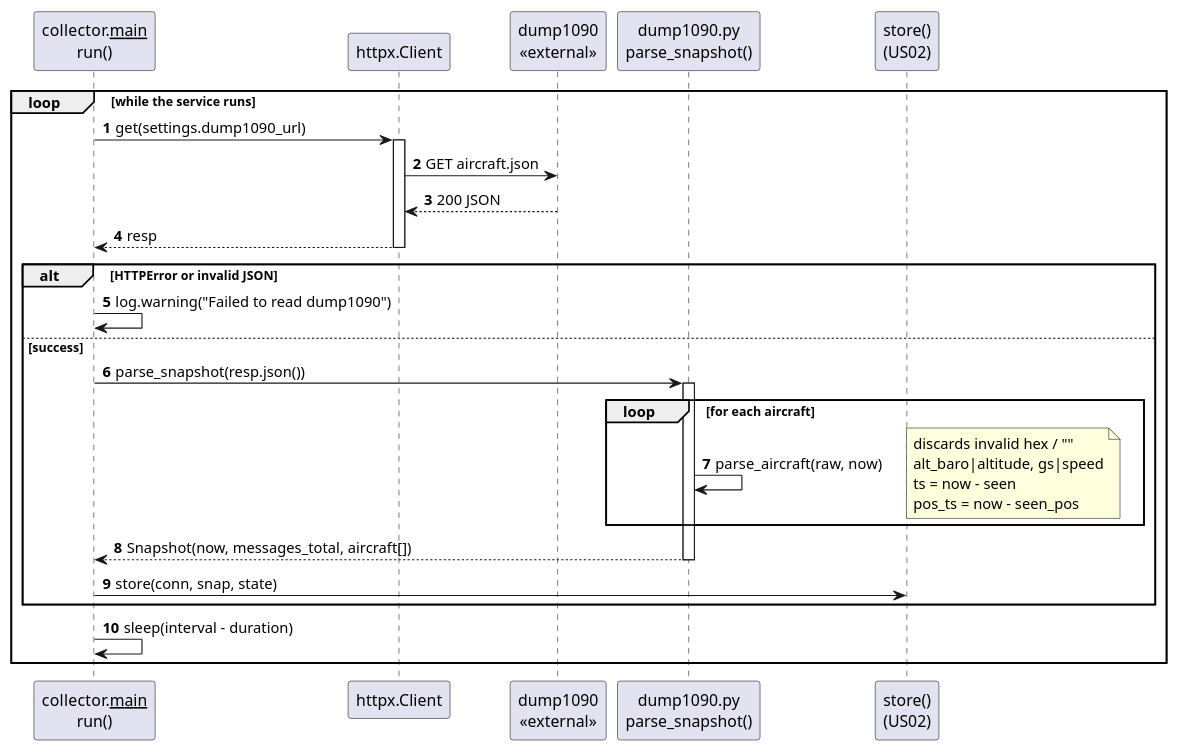
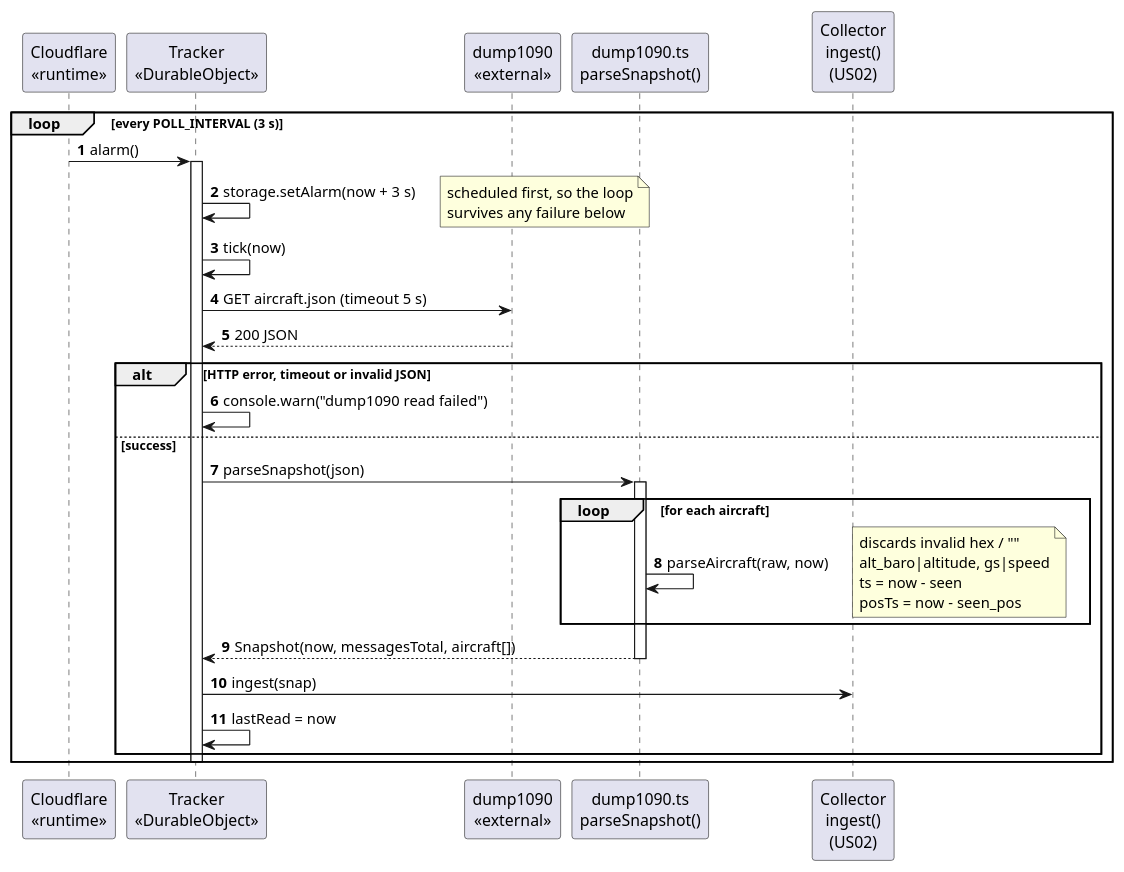
One commit to miguelsiilva1/SkyTracer changed the diagram in docs/system-documentation/use-cases/US01/puml/sd_us01.puml. Above: the diagram before and after it, drawn with PlantUML. The commit also changed 31 other files, not shown here.

Commit message:
docs: update architecture documentation for the Cloudflare and Supabase backend

```diff
--- a/docs/system-documentation/use-cases/US01/puml/sd_us01.puml
+++ b/docs/system-documentation/use-cases/US01/puml/sd_us01.puml
@@ -1,37 +1,39 @@
 @startuml
 autonumber
-participant "collector.__main__\nrun()" as Run
-participant "httpx.Client" as Http
+participant "Cloudflare\n<<runtime>>" as CF
+participant "Tracker\n<<DurableObject>>" as T
 participant "dump1090\n<<external>>" as D
-participant "dump1090.py\nparse_snapshot()" as Parser
-participant "store()\n(US02)" as Store
+participant "dump1090.ts\nparseSnapshot()" as Parser
+participant "Collector\ningest()\n(US02)" as C
 
-loop while the service runs
-  Run -> Http : get(settings.dump1090_url)
-  activate Http
-  Http -> D : GET aircraft.json
-  D --> Http : 200 JSON
-  Http --> Run : resp
-  deactivate Http
+loop every POLL_INTERVAL (3 s)
+  CF -> T : alarm()
+  activate T
+  T -> T : storage.setAlarm(now + 3 s)
+  note right: scheduled first, so the loop\nsurvives any failure below
+  T -> T : tick(now)
+  T -> D : GET aircraft.json (timeout 5 s)
+  D --> T : 200 JSON
 
-  alt HTTPError or invalid JSON
-    Run -> Run : log.warning("Failed to read dump1090")
+  alt HTTP error, timeout or invalid JSON
+    T -> T : console.warn("dump1090 read failed")
   else success
-    Run -> Parser : parse_snapshot(resp.json())
+    T -> Parser : parseSnapshot(json)
     activate Parser
     loop for each aircraft
-      Parser -> Parser : parse_aircraft(raw, now)
+      Parser -> Parser : parseAircraft(raw, now)
       note right
         discards invalid hex / "~"
         alt_baro|altitude, gs|speed
         ts = now - seen
-        pos_ts = now - seen_pos
+        posTs = now - seen_pos
       end note
     end
-    Parser --> Run : Snapshot(now, messages_total, aircraft[])
+    Parser --> T : Snapshot(now, messagesTotal, aircraft[])
     deactivate Parser
-    Run -> Store : store(conn, snap, state)
+    T -> C : ingest(snap)
+    T -> T : lastRead = now
   end
-  Run -> Run : sleep(interval - duration)
+  deactivate T
 end
 @enduml
```
